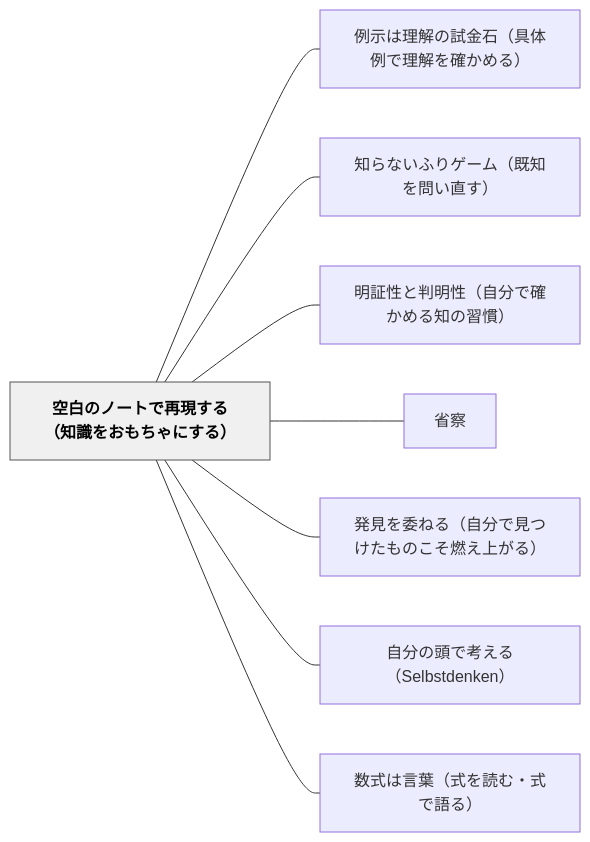
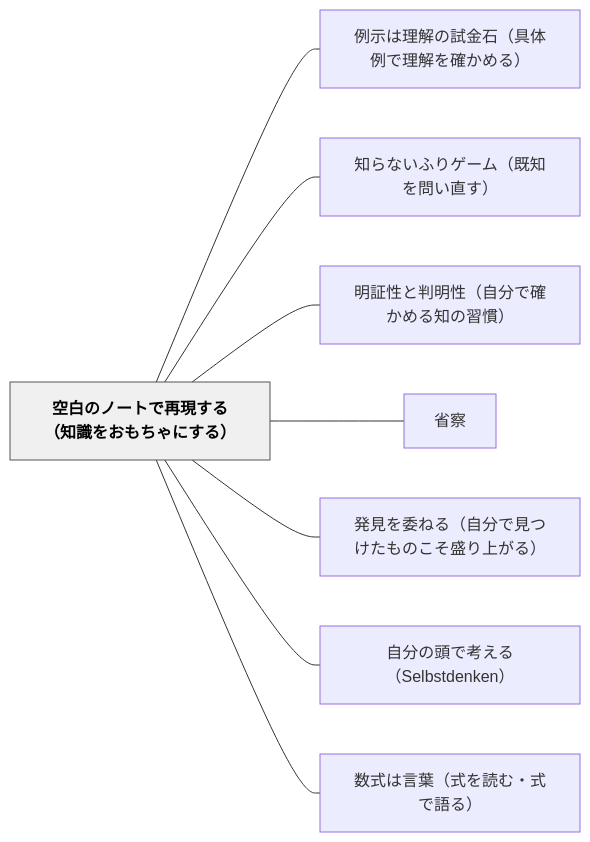
The diagram in content/パタン/空白のノートで再現する（知識をおもちゃにする）.md (unknownthings-ed-patterns/unknownthings-ed-patterns), drawn with Mermaid before and after one commit. The commit also changed other lines of this file and 36 other files, not shown here.

````diff
--- a/content/パタン/空白のノートで再現する（知識をおもちゃにする）.md
+++ b/content/パタン/空白のノートで再現する（知識をおもちゃにする）.md
@@ -155,22 +155,22 @@
 ```mermaid
 flowchart LR
     ne7a9bae799bde381aee3838ee383bce38388e381a7e5868de78fbee38199e3828befbc88e79fa5e8ad98e38292e3818ae38282e381a1e38283e381abe38199e3828befbc89["空白のノートで再現する（知識をおもちゃにする）"]
     ne4be8be7a4bae381afe79086e8a7a3e381aee8a9a6e98791e79fb3efbc88e585b7e4bd93e4be8be381a7e79086e8a7a3e38292e7a2bae3818be38281e3828befbc89["例示は理解の試金石（具体例で理解を確かめる）"]
     ne79fa5e38289e381aae38184e381b5e3828ae382b2e383bce383a0efbc88e697a2e79fa5e38292e5958fe38184e79bb4e38199efbc89["知らないふりゲーム（既知を問い直す）"]
     ne6988ee8a8bce680a7e381a8e588a4e6988ee680a7efbc88e887aae58886e381a7e7a2bae3818be38281e3828be79fa5e381aee7bf92e685a3efbc89["明証性と判明性（自分で確かめる知の習慣）"]
     ne79c81e5af9f["省察"]
-    ne799bae8a68be38292e5a794e381ade3828befbc88e887aae58886e381a7e8a68be381a4e38191e3819fe38282e381aee38193e3819de78783e38188e4b88ae3818ce3828befbc89["発見を委ねる（自分で見つけたものこそ燃え上がる）"]
+    ne799bae8a68be38292e5a794e381ade3828befbc88e887aae58886e381a7e8a68be381a4e38191e3819fe38282e381aee38193e3819de79b9be3828ae4b88ae3818ce3828befbc89["発見を委ねる（自分で見つけたものこそ盛り上がる）"]
     ne887aae58886e381aee9a0ade381a7e88083e38188e3828befbc8853656c62737464656e6b656eefbc89["自分の頭で考える（Selbstdenken）"]
     ne695b0e5bc8fe381afe8a880e89189efbc88e5bc8fe38292e8aaade38280e383bbe5bc8fe381a7e8aa9ee3828befbc89["数式は言葉（式を読む・式で語る）"]
 
     ne7a9bae799bde381aee3838ee383bce38388e381a7e5868de78fbee38199e3828befbc88e79fa5e8ad98e38292e3818ae38282e381a1e38283e381abe38199e3828befbc89 --- ne4be8be7a4bae381afe79086e8a7a3e381aee8a9a6e98791e79fb3efbc88e585b7e4bd93e4be8be381a7e79086e8a7a3e38292e7a2bae3818be38281e3828befbc89
     ne7a9bae799bde381aee3838ee383bce38388e381a7e5868de78fbee38199e3828befbc88e79fa5e8ad98e38292e3818ae38282e381a1e38283e381abe38199e3828befbc89 --- ne79fa5e38289e381aae38184e381b5e3828ae382b2e383bce383a0efbc88e697a2e79fa5e38292e5958fe38184e79bb4e38199efbc89
     ne7a9bae799bde381aee3838ee383bce38388e381a7e5868de78fbee38199e3828befbc88e79fa5e8ad98e38292e3818ae38282e381a1e38283e381abe38199e3828befbc89 --- ne6988ee8a8bce680a7e381a8e588a4e6988ee680a7efbc88e887aae58886e381a7e7a2bae3818be38281e3828be79fa5e381aee7bf92e685a3efbc89
     ne7a9bae799bde381aee3838ee383bce38388e381a7e5868de78fbee38199e3828befbc88e79fa5e8ad98e38292e3818ae38282e381a1e38283e381abe38199e3828befbc89 --- ne79c81e5af9f
-    ne7a9bae799bde381aee3838ee383bce38388e381a7e5868de78fbee38199e3828befbc88e79fa5e8ad98e38292e3818ae38282e381a1e38283e381abe38199e3828befbc89 --- ne799bae8a68be38292e5a794e381ade3828befbc88e887aae58886e381a7e8a68be381a4e38191e3819fe38282e381aee38193e3819de78783e38188e4b88ae3818ce3828befbc89
+    ne7a9bae799bde381aee3838ee383bce38388e381a7e5868de78fbee38199e3828befbc88e79fa5e8ad98e38292e3818ae38282e381a1e38283e381abe38199e3828befbc89 --- ne799bae8a68be38292e5a794e381ade3828befbc88e887aae58886e381a7e8a68be381a4e38191e3819fe38282e381aee38193e3819de79b9be3828ae4b88ae3818ce3828befbc89
     ne7a9bae799bde381aee3838ee383bce38388e381a7e5868de78fbee38199e3828befbc88e79fa5e8ad98e38292e3818ae38282e381a1e38283e381abe38199e3828befbc89 --- ne887aae58886e381aee9a0ade381a7e88083e38188e3828befbc8853656c62737464656e6b656eefbc89
     ne7a9bae799bde381aee3838ee383bce38388e381a7e5868de78fbee38199e3828befbc88e79fa5e8ad98e38292e3818ae38282e381a1e38283e381abe38199e3828befbc89 --- ne695b0e5bc8fe381afe8a880e89189efbc88e5bc8fe38292e8aaade38280e383bbe5bc8fe381a7e8aa9ee3828befbc89
 
     classDef hub fill:#f0f0f0,stroke:#555,color:#000,font-weight:bold
     class ne7a9bae799bde381aee3838ee383bce38388e381a7e5868de78fbee38199e3828befbc88e79fa5e8ad98e38292e3818ae38282e381a1e38283e381abe38199e3828befbc89 hub
 ```
````
